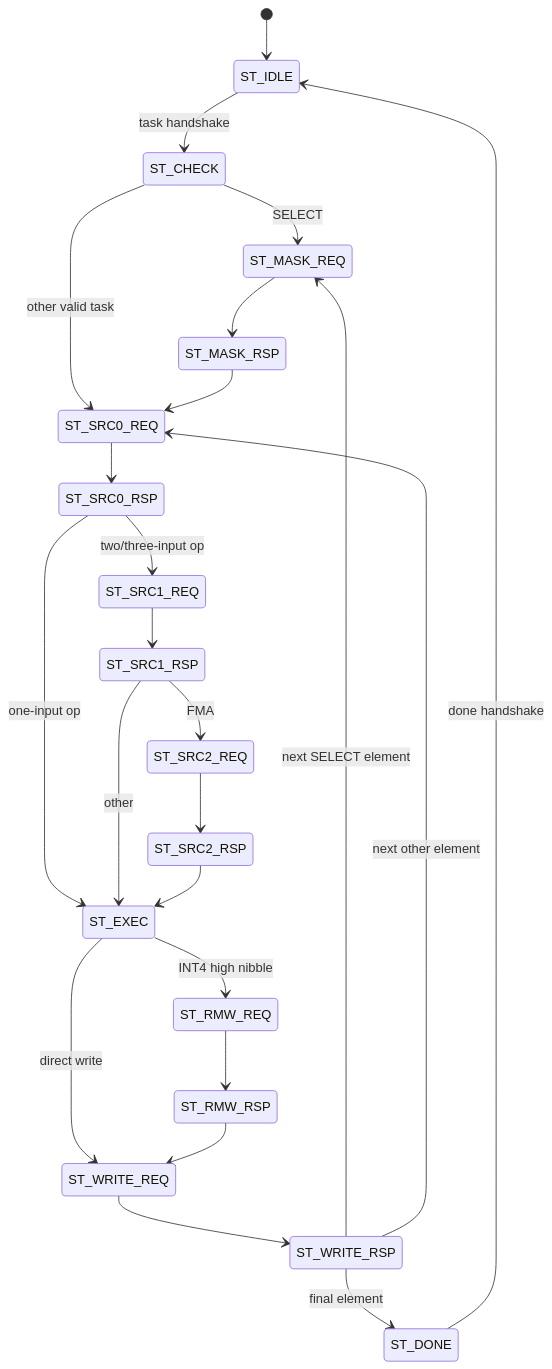
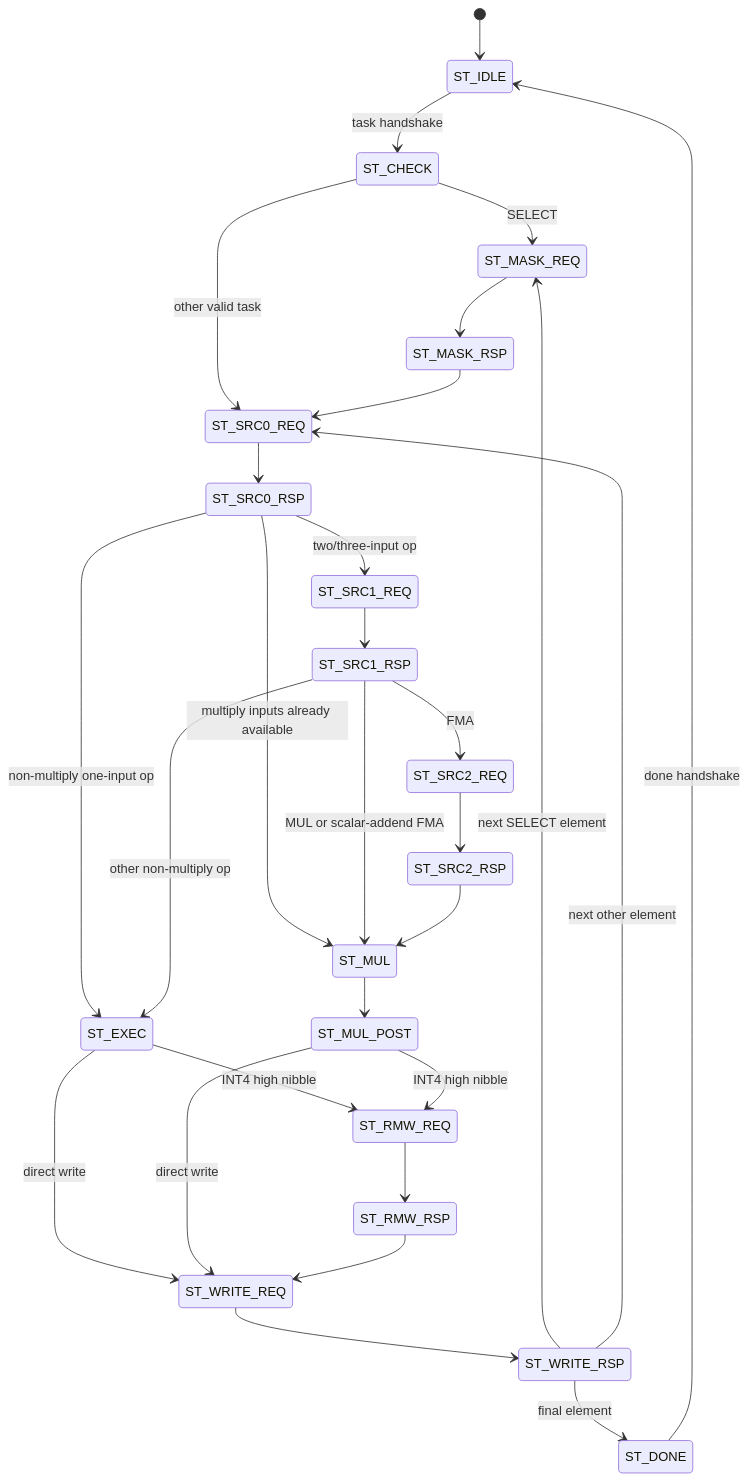
One commit to Little-W/Obsidian changed the ninth of 19 diagrams in NPU/NPU 指令与硬件架构设计 Spec.md. Above: the diagram before and after it, drawn with Mermaid. The commit also changed other lines of this file and 90 other files, not shown here.

````diff
--- a/NPU/NPU 指令与硬件架构设计 Spec.md
+++ b/NPU/NPU 指令与硬件架构设计 Spec.md
@@ -3221,26 +3288,31 @@
 ```mermaid
 stateDiagram-v2
     [*] --> ST_IDLE
     ST_IDLE --> ST_CHECK: task handshake
     ST_CHECK --> ST_MASK_REQ: SELECT
     ST_CHECK --> ST_SRC0_REQ: other valid task
     ST_MASK_REQ --> ST_MASK_RSP
     ST_MASK_RSP --> ST_SRC0_REQ
     ST_SRC0_REQ --> ST_SRC0_RSP
     ST_SRC0_RSP --> ST_SRC1_REQ: two/three-input op
-    ST_SRC0_RSP --> ST_EXEC: one-input op
+    ST_SRC0_RSP --> ST_EXEC: non-multiply one-input op
+    ST_SRC0_RSP --> ST_MUL: multiply inputs already available
     ST_SRC1_REQ --> ST_SRC1_RSP
     ST_SRC1_RSP --> ST_SRC2_REQ: FMA
-    ST_SRC1_RSP --> ST_EXEC: other
+    ST_SRC1_RSP --> ST_MUL: MUL or scalar-addend FMA
+    ST_SRC1_RSP --> ST_EXEC: other non-multiply op
     ST_SRC2_REQ --> ST_SRC2_RSP
-    ST_SRC2_RSP --> ST_EXEC
+    ST_SRC2_RSP --> ST_MUL
     ST_EXEC --> ST_RMW_REQ: INT4 high nibble
     ST_EXEC --> ST_WRITE_REQ: direct write
+    ST_MUL --> ST_MUL_POST
+    ST_MUL_POST --> ST_RMW_REQ: INT4 high nibble
+    ST_MUL_POST --> ST_WRITE_REQ: direct write
     ST_RMW_REQ --> ST_RMW_RSP
     ST_RMW_RSP --> ST_WRITE_REQ
     ST_WRITE_REQ --> ST_WRITE_RSP
     ST_WRITE_RSP --> ST_MASK_REQ: next SELECT element
     ST_WRITE_RSP --> ST_SRC0_REQ: next other element
     ST_WRITE_RSP --> ST_DONE: final element
     ST_DONE --> ST_IDLE: done handshake
 ```
````
